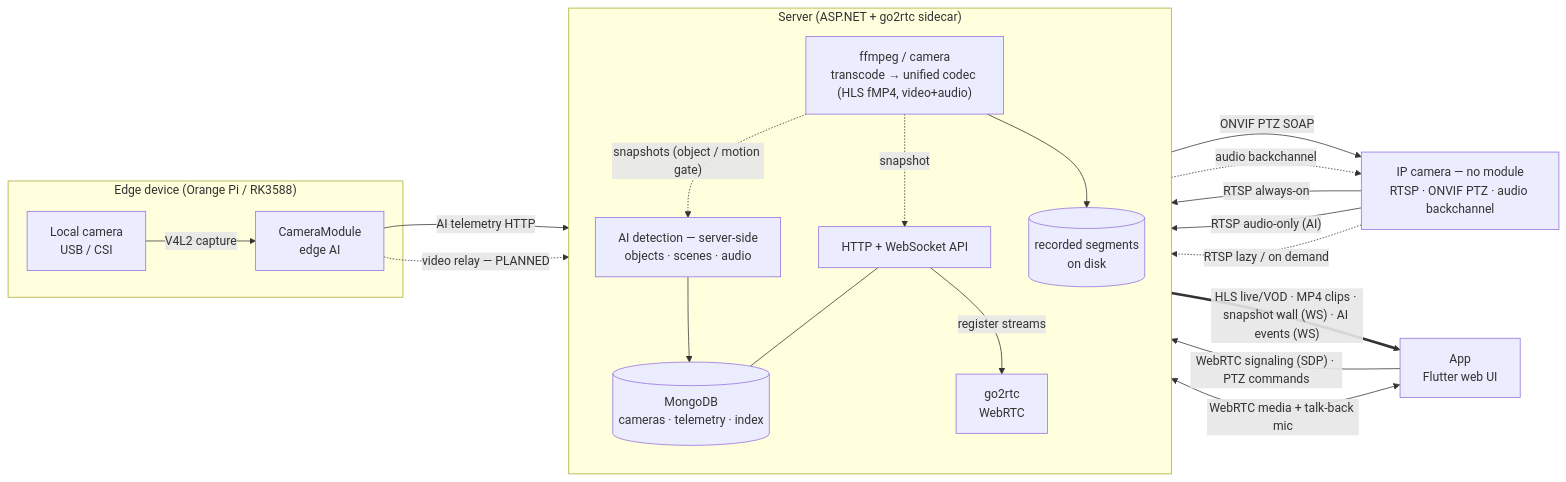
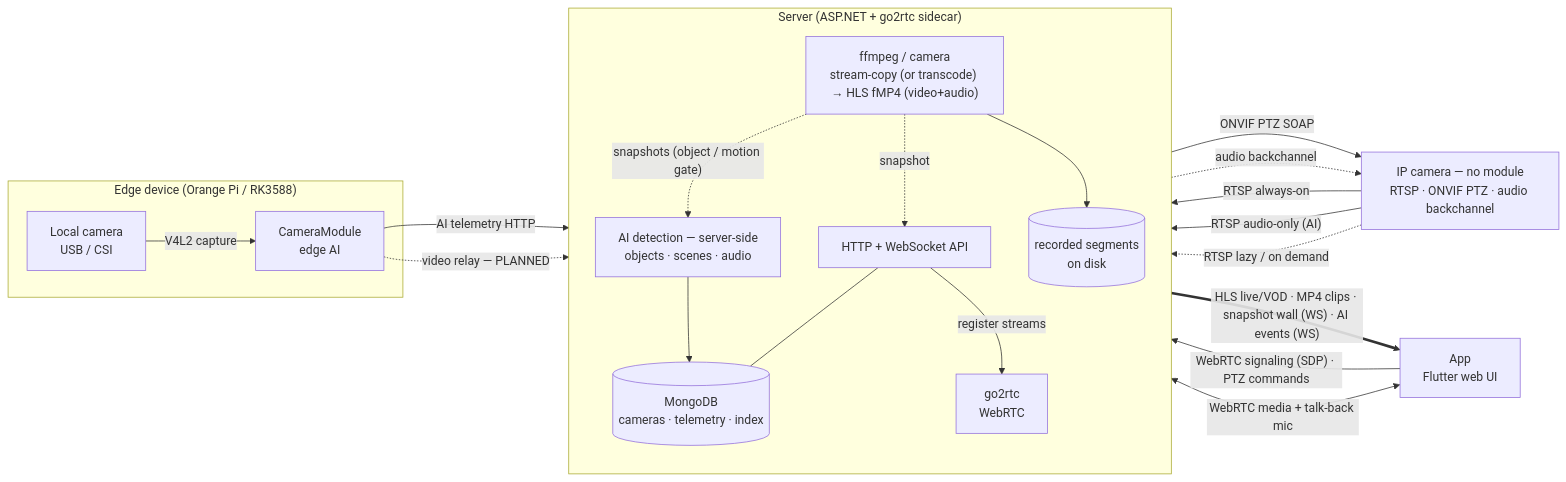
Before and after one commit to Flickersoft/serval: the diagram in Docs/architecture.md, drawn with Mermaid. The commit also changed other lines of this file and 28 other files, not shown here.

````diff
--- a/Docs/architecture.md
+++ b/Docs/architecture.md
@@ -5,39 +5,39 @@
 ```mermaid
 flowchart LR
     subgraph EDGE["Edge device (Orange Pi / RK3588)"]
         LCAM["Local camera<br/>USB / CSI"]
         MOD["CameraModule<br/>edge AI"]
         LCAM -->|V4L2 capture| MOD
     end
 
     IPCAM["IP camera — no module<br/>RTSP · ONVIF PTZ · audio backchannel"]
     APP["App<br/>Flutter web UI"]
 
     subgraph SRV["Server (ASP.NET + go2rtc sidecar)"]
         direction TB
         API["HTTP + WebSocket API"]
-        FF["ffmpeg / camera<br/>transcode → unified codec (HLS fMP4, video+audio)"]
+        FF["ffmpeg / camera<br/>stream-copy (or transcode) → HLS fMP4 (video+audio)"]
         AI["AI detection — server-side<br/>objects · scenes · audio"]
         G2["go2rtc<br/>WebRTC"]
         META[("MongoDB<br/>cameras · telemetry · index")]
         REC[("recorded segments<br/>on disk")]
     end
 
     MOD -->|AI telemetry HTTP| API
     MOD -.->|"video relay — PLANNED"| FF
     IPCAM -->|RTSP always-on| FF
     FF -. "snapshots (object / motion gate)" .-> AI
     IPCAM -->|"RTSP audio-only (AI)"| AI
     IPCAM -.->|RTSP lazy / on demand| G2
     AI --> META
     FF --> REC
     FF -. snapshot .-> API
     API --- META
     API -->|register streams| G2
     API -->|ONVIF PTZ SOAP| IPCAM
 
     API ==>|"HLS live/VOD · MP4 clips · snapshot wall (WS) · AI events (WS)"| APP
     APP -->|"WebRTC signaling (SDP) · PTZ commands"| API
     APP <-->|"WebRTC media + talk-back mic"| G2
     G2 -.->|audio backchannel| IPCAM
 ```
````
